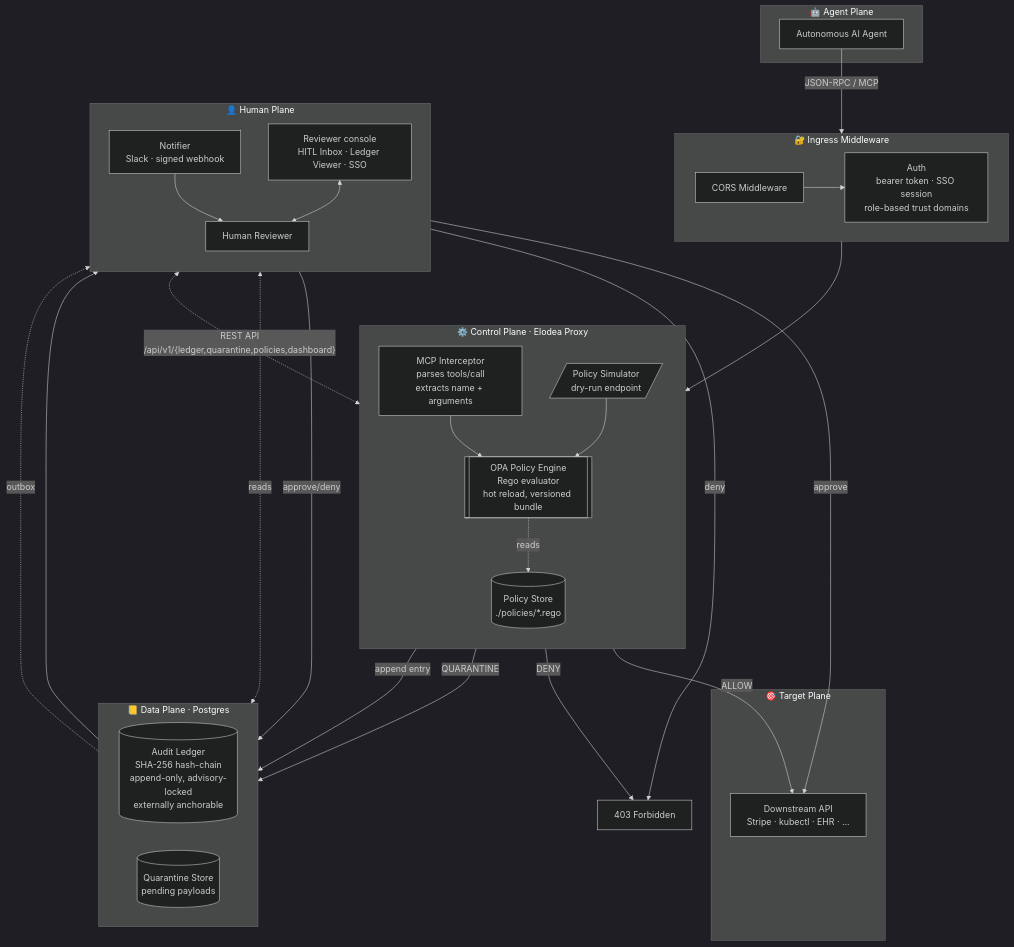
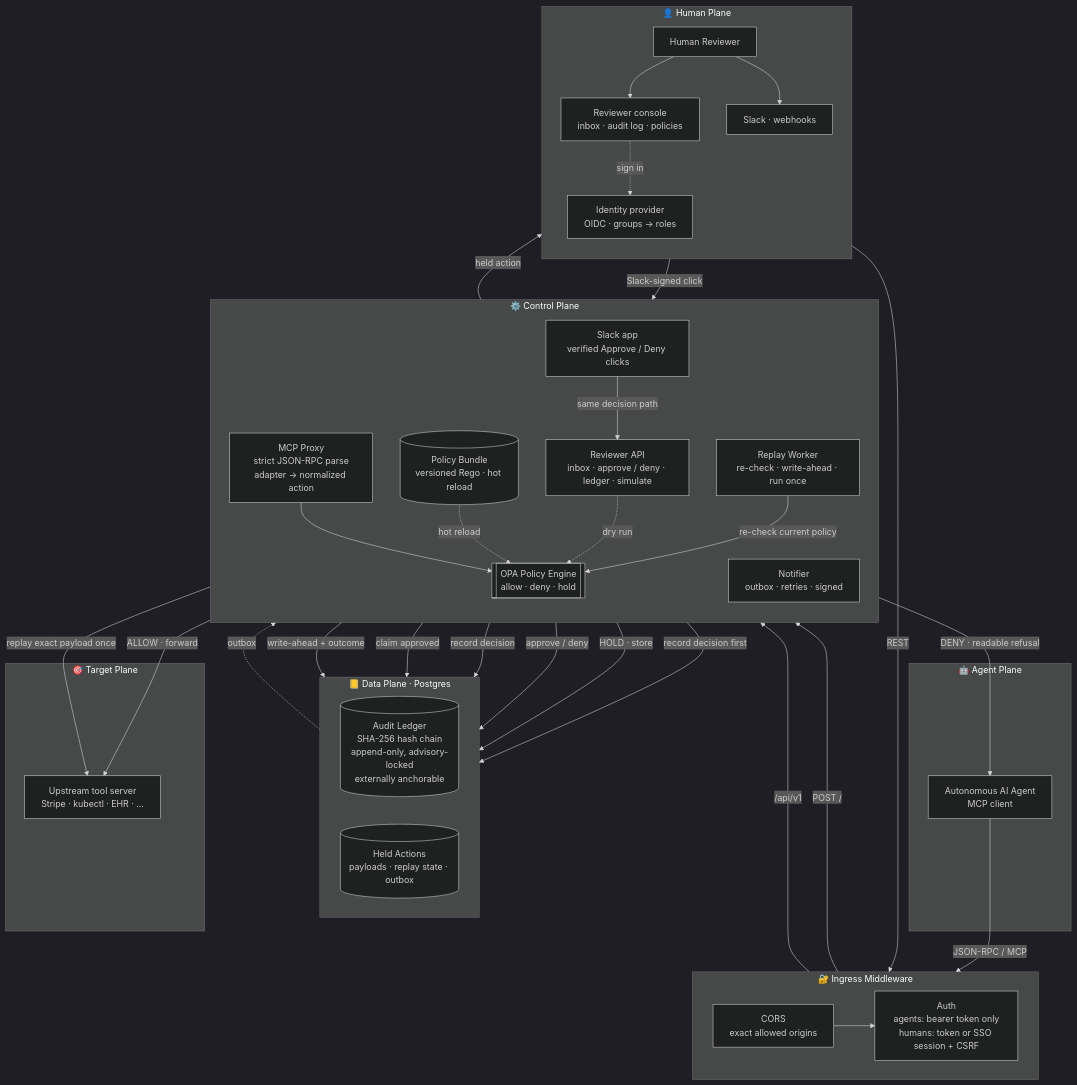
One commit to austinchima/KiteRail changed the first of 3 diagrams in docs/ARCHITECTURE.md. Above: the diagram before and after it, drawn with Mermaid (dark theme). The commit also changed other lines of this file and 6 other files, not shown here.

First line of the commit message:
docs: make the architecture diagrams match the code

````diff
--- a/docs/ARCHITECTURE.md
+++ b/docs/ARCHITECTURE.md
@@ -33,59 +33,67 @@
 ```mermaid
 flowchart TB
     subgraph Client["🤖 Agent Plane"]
-        A[Autonomous AI Agent]
+        A[Autonomous AI Agent<br/>MCP client]
     end
 
     subgraph Ingress["🔐 Ingress Middleware"]
         direction LR
-        M1[CORS Middleware] --> M2[Auth<br/>bearer token · SSO session<br/>role-based trust domains]
+        M1[CORS<br/>exact allowed origins] --> M2[Auth<br/>agents: bearer token only<br/>humans: token or SSO session + CSRF]
     end
 
-    subgraph Control["⚙️ Control Plane · Elodea Proxy"]
+    subgraph Control["⚙️ Control Plane"]
         direction TB
-        P[MCP Interceptor<br/>parses tools/call<br/>extracts name + arguments]
-        E[[OPA Policy Engine<br/>Rego evaluator<br/>hot reload, versioned bundle]]
-        SIM[/Policy Simulator<br/>dry-run endpoint/]
-        PS[(Policy Store<br/>./policies/*.rego)]
+        P[MCP Proxy<br/>strict JSON-RPC parse<br/>adapter → normalized action]
+        E[[OPA Policy Engine<br/>allow · deny · hold]]
+        PS[(Policy Bundle<br/>versioned Rego · hot reload)]
+        API[Reviewer API<br/>inbox · approve / deny · ledger · simulate]
+        SA[Slack app<br/>verified Approve / Deny clicks]
+        W[Replay Worker<br/>re-check · write-ahead · run once]
+        N[Notifier<br/>outbox · retries · signed]
         P --> E
-        SIM --> E
-        E -.reads.-> PS
+        PS -. hot reload .-> E
+        API -. dry run .-> E
+        W -- re-check current policy --> E
+        SA -- same decision path --> API
     end
 
     subgraph Data["📒 Data Plane · Postgres"]
         direction LR
-        L[(Audit Ledger<br/>SHA-256 hash-chain<br/>append-only, advisory-locked<br/>externally anchorable)]
-        Q[(Quarantine Store<br/>pending payloads)]
+        L[(Audit Ledger<br/>SHA-256 hash chain<br/>append-only, advisory-locked<br/>externally anchorable)]
+        Q[(Held Actions<br/>payloads · replay state · outbox)]
     end
 
     subgraph Human["👤 Human Plane"]
         direction TB
-        N[Notifier<br/>Slack · signed webhook]
-        UI[Reviewer console<br/>HITL Inbox · Ledger Viewer · SSO]
+        UI[Reviewer console<br/>inbox · audit log · policies]
+        IDP[Identity provider<br/>OIDC · groups → roles]
+        SL[Slack · webhooks]
         REV[Human Reviewer]
-        N --> REV
-        UI <--> REV
+        REV --> UI
+        REV --> SL
+        UI -. sign in .-> IDP
     end
 
     subgraph Upstream["🎯 Target Plane"]
-        T[Downstream API<br/>Stripe · kubectl · EHR · ...]
+        T[Upstream tool server<br/>Stripe · kubectl · EHR · ...]
     end
 
     A -- JSON-RPC / MCP --> M1
-    M2 --> P
+    M2 -- POST / --> P
+    M2 -- /api/v1 --> API
+    UI -- REST --> M1
+    SL -- Slack-signed click --> SA
 
-    E -- ALLOW --> T
-    E -- DENY --> DENIED[403 Forbidden]
-    E -- QUARANTINE --> Q
+    P -- record decision first --> L
+    P -- ALLOW · forward --> T
+    P -- DENY · readable refusal --> A
+    P -- HOLD · store --> Q
 
-    Q --> UI
+    API -- approve / deny --> Q
+    API -- record decision --> L
+    W -- claim approved --> Q
+    W -- write-ahead + outcome --> L
+    W -- replay exact payload once --> T
     Q -. outbox .-> N
-    UI -- approve --> T
-    UI -- deny --> DENIED
-
-    P -- append entry --> L
-    UI -- approve/deny --> L
-
-    UI <-. REST API<br/>/api/v1/{ledger,quarantine,policies,dashboard} .-> Control
-    UI <-. reads .-> L
+    N -- held action --> SL
 ```
````
